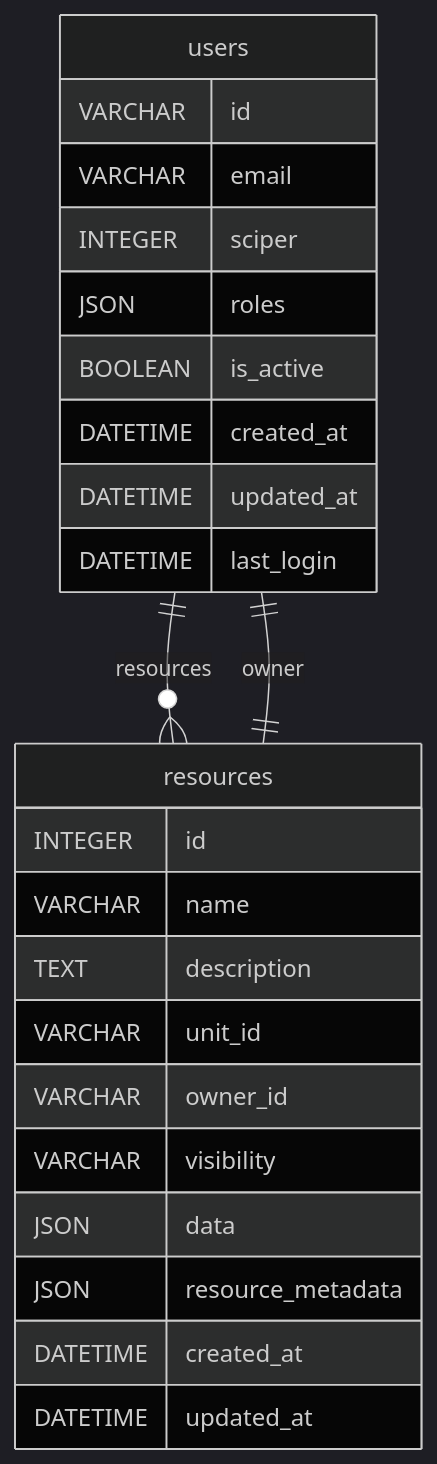
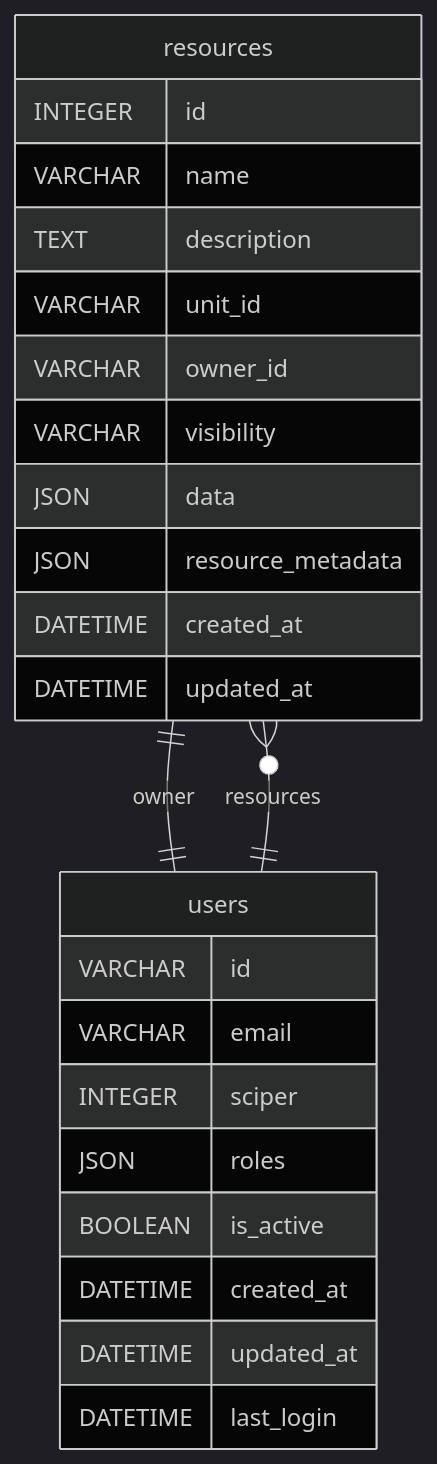
Before and after one commit to EPFL-ENAC/co2-calculator: the diagram in docs/src/database/erd.md, drawn with Mermaid (dark theme). The commit also changed other lines of this file and 1 other file, not shown here.

Commit message:
chore(database-erd): add models #15

````diff
--- a/docs/src/database/erd.md
+++ b/docs/src/database/erd.md
@@ -1,27 +1,27 @@
 ```mermaid
 erDiagram
-  users {
-    VARCHAR id
-    VARCHAR email
-    INTEGER sciper
-    JSON roles
-    BOOLEAN is_active
-    DATETIME created_at
-    DATETIME updated_at
-    DATETIME last_login
-  }
   resources {
     INTEGER id
     VARCHAR name
     TEXT description
     VARCHAR unit_id
     VARCHAR owner_id
     VARCHAR visibility
     JSON data
     JSON resource_metadata
     DATETIME created_at
     DATETIME updated_at
   }
+  users {
+    VARCHAR id
+    VARCHAR email
+    INTEGER sciper
+    JSON roles
+    BOOLEAN is_active
+    DATETIME created_at
+    DATETIME updated_at
+    DATETIME last_login
+  }
+  users ||--}o resources : resources
   resources ||--|| users : owner
-  users ||--}o resources : resources
 ```
````
